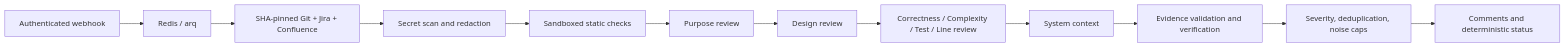
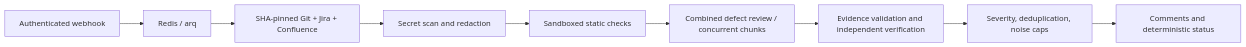
One commit to amir-99/Code-Reviewer changed the diagram in README.md. Above: the diagram before and after it, drawn with Mermaid. The commit also changed other lines of this file and 21 other files, not shown here.

Commit message:
Simplify default reviews to one combined defect pass

````diff
--- a/README.md
+++ b/README.md
@@ -204,14 +220,11 @@
 ```mermaid
 flowchart LR
   Hook[Authenticated webhook] --> Queue[Redis / arq]
   Queue --> Context[SHA-pinned Git + Jira + Confluence]
   Context --> Secrets[Secret scan and redaction]
   Secrets --> Static[Sandboxed static checks]
-  Static --> Purpose[Purpose review]
-  Purpose --> Design[Design review]
-  Design --> Fan[Correctness / Complexity / Test / Line review]
-  Fan --> System[System context]
-  System --> Validate[Evidence validation and verification]
+  Static --> Defects[Combined defect review / concurrent chunks]
+  Defects --> Validate[Evidence validation and independent verification]
   Validate --> Policy[Severity, deduplication, noise caps]
   Policy --> Publish[Comments and deterministic status]
 ```
````
